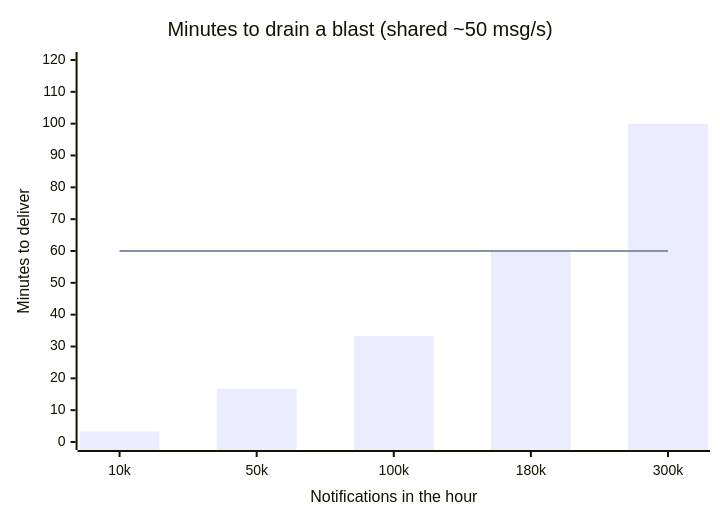
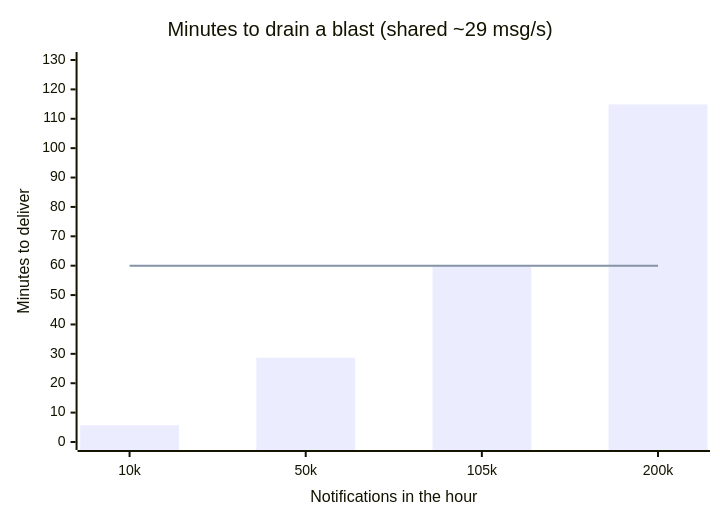
The seventh of 7 diagrams in docs/push-notifications.md (dfinity/internet-identity), drawn with Mermaid before and after one commit. The commit also changed other lines of this file, not shown here.

Commit message:
docs(be,fe): use measured ~34.6M seal cost; chart throughput vs execution share

````diff
--- a/docs/push-notifications.md
+++ b/docs/push-notifications.md
@@ -943,8 +948,8 @@
 ```mermaid
 xychart-beta
-    title "Minutes to drain a blast (shared ~50 msg/s)"
-    x-axis "Notifications in the hour" [10k, 50k, 100k, 180k, 300k]
-    y-axis "Minutes to deliver" 0 --> 120
-    bar [3.3, 16.7, 33.3, 60, 100]
-    line [60, 60, 60, 60, 60]
+    title "Minutes to drain a blast (shared ~29 msg/s)"
+    x-axis "Notifications in the hour" [10k, 50k, 105k, 200k]
+    y-axis "Minutes to deliver" 0 --> 130
+    bar [5.7, 28.7, 60, 114.9]
+    line [60, 60, 60, 60]
 ```
````
